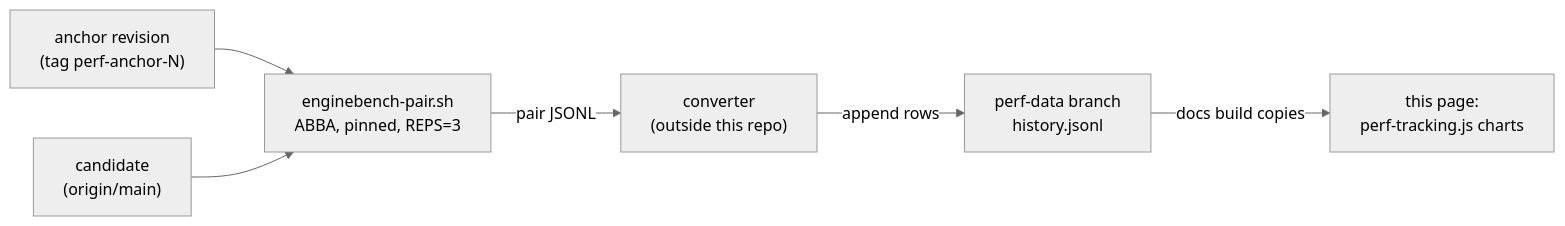
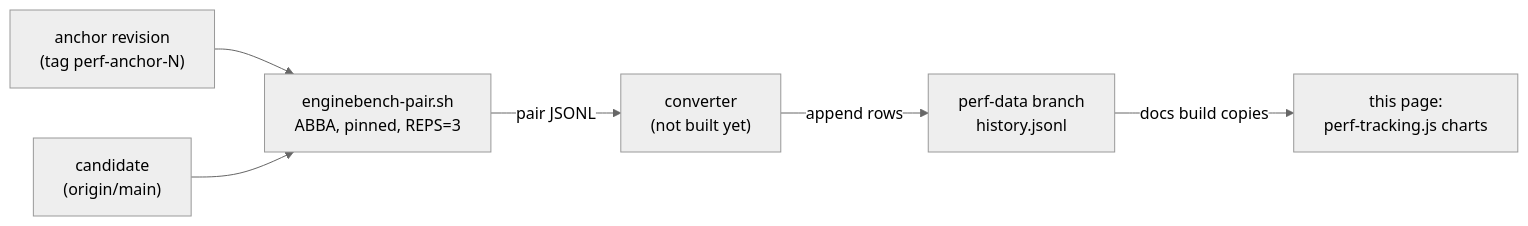
Before and after one commit to adams-shaun/gorge: the diagram in docs/site/performance/tracking.md, drawn with Mermaid (neutral theme). The commit also changed other lines of this file and 11 other files, not shown here.

````diff
--- a/docs/site/performance/tracking.md
+++ b/docs/site/performance/tracking.md
@@ -75,8 +78,8 @@
 ```mermaid
 flowchart LR
   A["anchor revision<br/>(tag perf-anchor-N)"] --> P["enginebench-pair.sh<br/>ABBA, pinned, REPS=3"]
   C["candidate<br/>(origin/main)"] --> P
-  P -->|"pair JSONL"| V["converter<br/>(outside this repo)"]
+  P -->|"pair JSONL"| V["converter<br/>(not built yet)"]
   V -->|"append rows"| H["perf-data branch<br/>history.jsonl"]
   H -->|"docs build copies"| S["this page:<br/>perf-tracking.js charts"]
 ```
````
